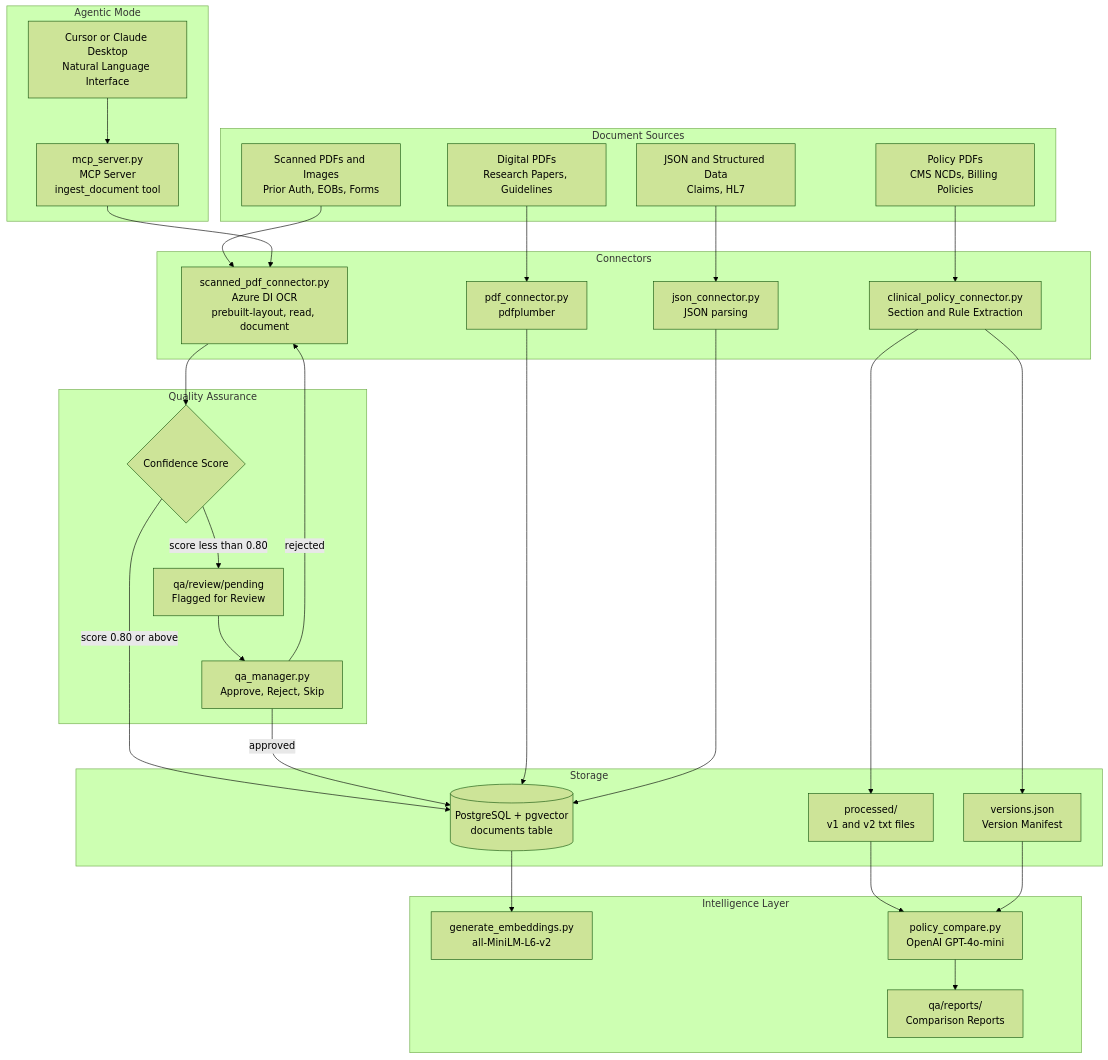
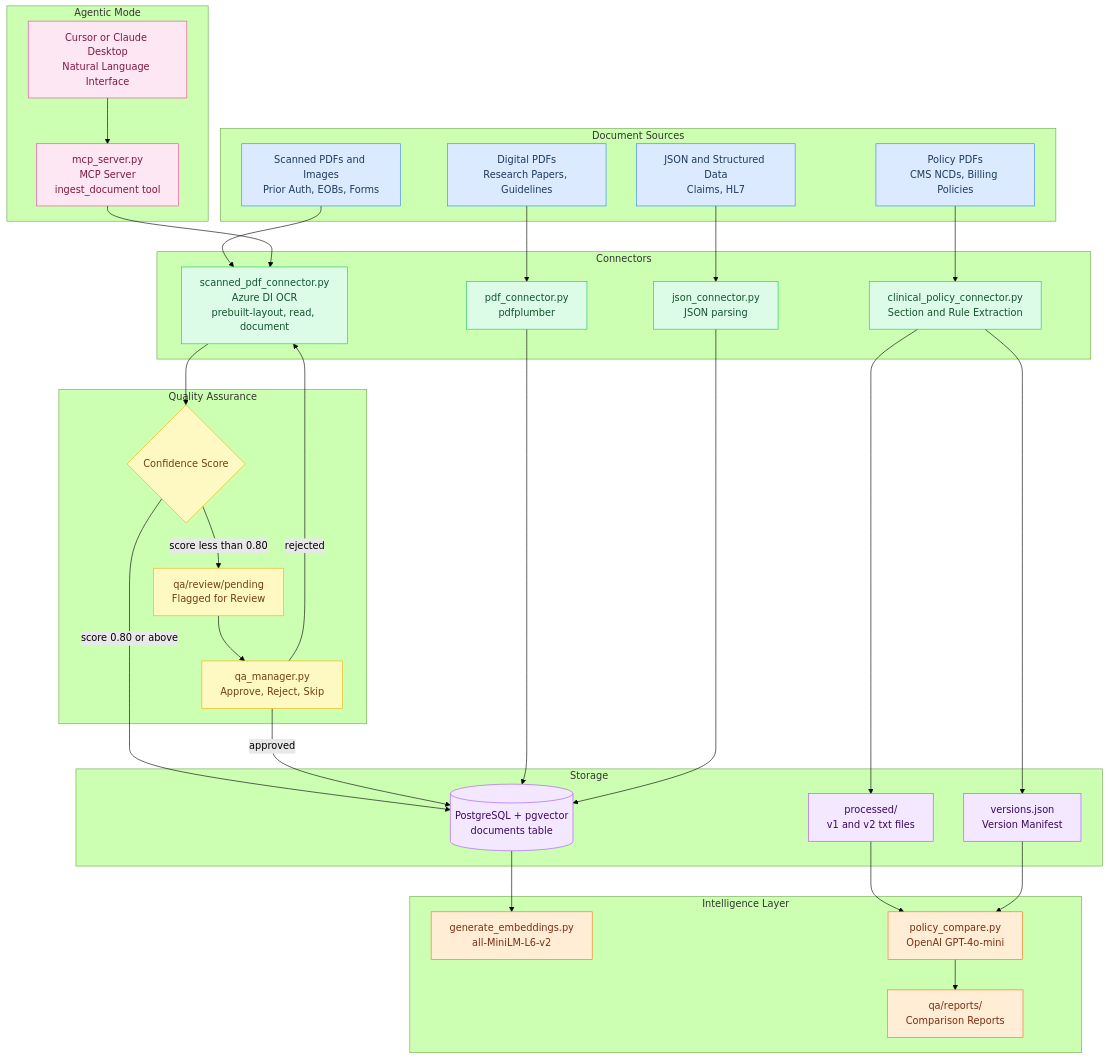
One commit to Lahari-V03/clinical-doc-pipeline changed the diagram in README.md. Above: the diagram before and after it, drawn with Mermaid (forest theme).

Commit message:
docs: README.md modify architecture styling

````diff
--- a/README.md
+++ b/README.md
@@ -22,64 +22,78 @@
 ```mermaid
 flowchart TD
     subgraph Input["Document Sources"]
         A["Scanned PDFs and Images<br/>Prior Auth, EOBs, Forms"]
         B["Digital PDFs<br/>Research Papers, Guidelines"]
         C["JSON and Structured Data<br/>Claims, HL7"]
         D["Policy PDFs<br/>CMS NCDs, Billing Policies"]
     end
 
     subgraph Connectors["Connectors"]
         E["scanned_pdf_connector.py<br/>Azure DI OCR<br/>prebuilt-layout, read, document"]
         F["pdf_connector.py<br/>pdfplumber"]
         G["json_connector.py<br/>JSON parsing"]
         H["clinical_policy_connector.py<br/>Section and Rule Extraction"]
     end
 
     subgraph QA["Quality Assurance"]
         I{Confidence Score}
         J["qa/review/pending<br/>Flagged for Review"]
         K["qa_manager.py<br/>Approve, Reject, Skip"]
     end
 
     subgraph Storage["Storage"]
         L[("PostgreSQL + pgvector<br/>documents table")]
         M["processed/<br/>v1 and v2 txt files"]
         N["versions.json<br/>Version Manifest"]
     end
 
     subgraph Intelligence["Intelligence Layer"]
         O["generate_embeddings.py<br/>all-MiniLM-L6-v2"]
         P["policy_compare.py<br/>OpenAI GPT-4o-mini"]
         Q["qa/reports/<br/>Comparison Reports"]
     end
 
     subgraph Agentic["Agentic Mode"]
         R["mcp_server.py<br/>MCP Server<br/>ingest_document tool"]
         S["Cursor or Claude Desktop<br/>Natural Language Interface"]
     end
 
     A --> E
     B --> F
     C --> G
     D --> H
 
     E --> I
     I -->|"score less than 0.80"| J
     I -->|"score 0.80 or above"| L
     J --> K
     K -->|"approved"| L
     K -->|"rejected"| E
 
     F --> L
     G --> L
     H --> M
     H --> N
 
     L --> O
     M --> P
     N --> P
     P --> Q
 
     S --> R
     R --> E
+
+    classDef input fill:#dbeafe,stroke:#3b82f6,color:#1e3a5f
+    classDef connector fill:#dcfce7,stroke:#22c55e,color:#14532d
+    classDef qa fill:#fef9c3,stroke:#eab308,color:#713f12
+    classDef storage fill:#f3e8ff,stroke:#a855f7,color:#3b0764
+    classDef intelligence fill:#ffedd5,stroke:#f97316,color:#7c2d12
+    classDef agentic fill:#fce7f3,stroke:#ec4899,color:#831843
+
+    class A,B,C,D input
+    class E,F,G,H connector
+    class I,J,K qa
+    class L,M,N storage
+    class O,P,Q intelligence
+    class R,S agentic
 ```
````
